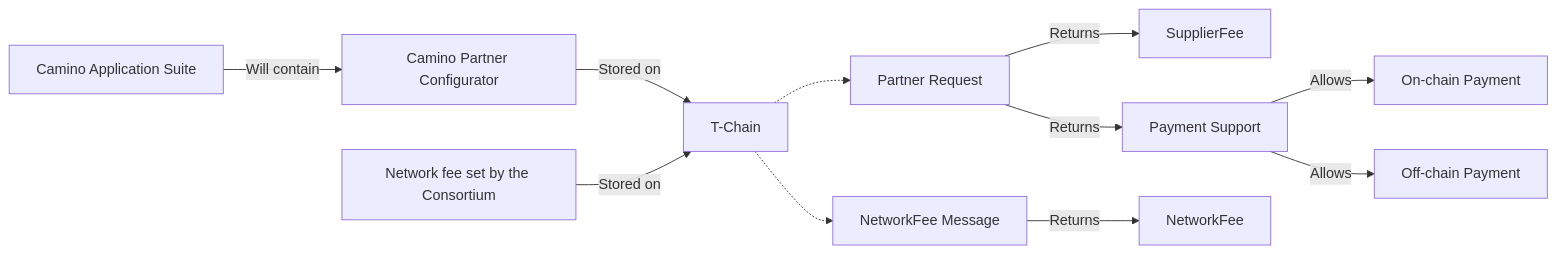
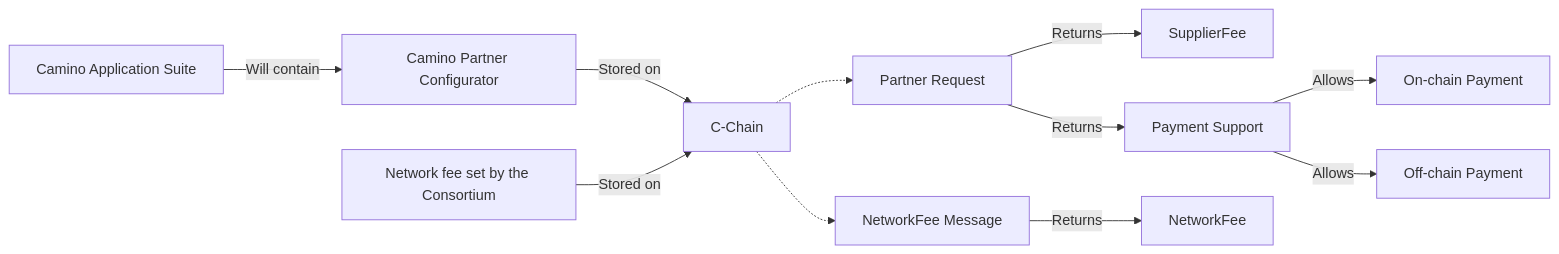
One commit to chain4travel/camino-docs changed the first of 4 diagrams in docs/camino-messenger/introduction.md. Above: the diagram before and after it, drawn with Mermaid. The commit also changed other lines of this file, not shown here.

Commit message:
Update CMP introduction for C-Chain

````diff
--- a/docs/camino-messenger/introduction.md
+++ b/docs/camino-messenger/introduction.md
@@ -86,15 +86,15 @@
 ```mermaid
 flowchart LR
     A[Camino Application Suite] -->|Will contain| B[Camino Partner Configurator]
-    B -->|Stored on| C[T-Chain]
+    B -->|Stored on| C[C-Chain]
     C -.-> D[Partner Request]
     D -->|Returns| H[SupplierFee]
     D -->|Returns| I[Payment Support]
     I -->|Allows| J[On-chain Payment]
     I -->|Allows| K[Off-chain Payment]
 
     L[Network fee set by the Consortium]
-    L -->|Stored on| C[T-Chain]
+    L -->|Stored on| C[C-Chain]
     C -.-> M[NetworkFee Message]
     M -->|Returns| N[NetworkFee]
 ```
````
